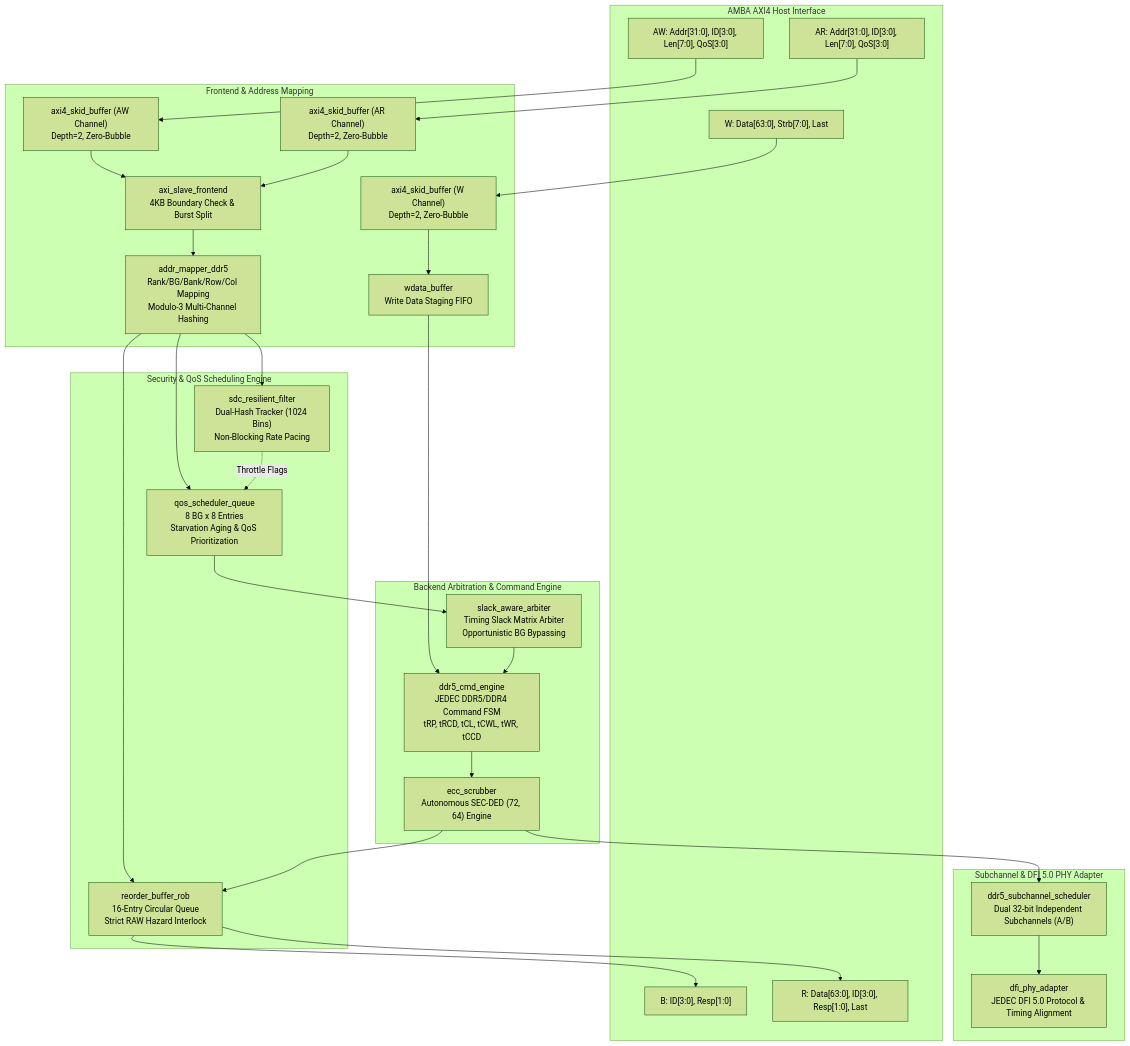
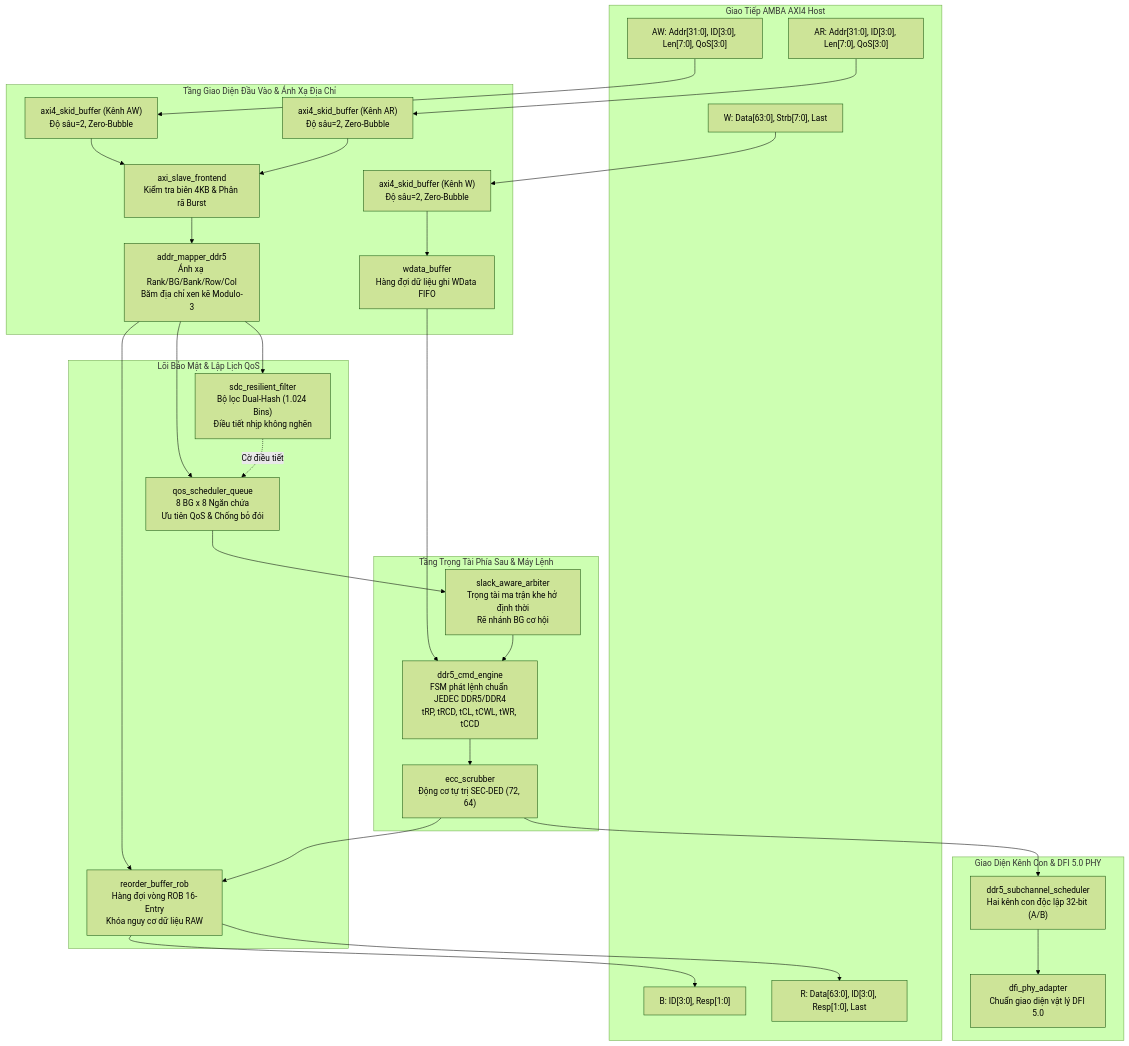
Before and after one commit to quachtuanthanh80-arch/DRAM: the first of 2 diagrams in README.md, drawn with Mermaid (forest theme). The commit also changed other lines of this file and 6 other files, not shown here.

````diff
--- a/README.md
+++ b/README.md
@@ -30,54 +30,54 @@
 ```mermaid
 graph TB
-    subgraph AXI4_Interface ["AMBA AXI4 Host Interface"]
+    subgraph AXI4_Interface ["Giao Tiếp AMBA AXI4 Host"]
         AW["AW: Addr[31:0], ID[3:0], Len[7:0], QoS[3:0]"]
         W["W: Data[63:0], Strb[7:0], Last"]
         B["B: ID[3:0], Resp[1:0]"]
         AR["AR: Addr[31:0], ID[3:0], Len[7:0], QoS[3:0]"]
         R["R: Data[63:0], ID[3:0], Resp[1:0], Last"]
     end
 
-    subgraph Frontend_Stage ["Frontend & Address Mapping"]
-        SKID_AW["axi4_skid_buffer (AW Channel)<br/>Depth=2, Zero-Bubble"]
-        SKID_AR["axi4_skid_buffer (AR Channel)<br/>Depth=2, Zero-Bubble"]
-        SKID_W["axi4_skid_buffer (W Channel)<br/>Depth=2, Zero-Bubble"]
-        FE["axi_slave_frontend<br/>4KB Boundary Check & Burst Split"]
-        WBUF["wdata_buffer<br/>Write Data Staging FIFO"]
-        MAPPER["addr_mapper_ddr5<br/>Rank/BG/Bank/Row/Col Mapping<br/>Modulo-3 Multi-Channel Hashing"]
+    subgraph Frontend_Stage ["Tầng Giao Diện Đầu Vào & Ánh Xạ Địa Chỉ"]
+        SKID_AW["axi4_skid_buffer (Kênh AW)<br/>Độ sâu=2, Zero-Bubble"]
+        SKID_AR["axi4_skid_buffer (Kênh AR)<br/>Độ sâu=2, Zero-Bubble"]
+        SKID_W["axi4_skid_buffer (Kênh W)<br/>Độ sâu=2, Zero-Bubble"]
+        FE["axi_slave_frontend<br/>Kiểm tra biên 4KB & Phân rã Burst"]
+        WBUF["wdata_buffer<br/>Hàng đợi dữ liệu ghi WData FIFO"]
+        MAPPER["addr_mapper_ddr5<br/>Ánh xạ Rank/BG/Bank/Row/Col<br/>Băm địa chỉ xen kẽ Modulo-3"]
     end
 
-    subgraph Core_Engine ["Security & QoS Scheduling Engine"]
-        SDC["sdc_resilient_filter<br/>Dual-Hash Tracker (1024 Bins)<br/>Non-Blocking Rate Pacing"]
-        QOS["qos_scheduler_queue<br/>8 BG x 8 Entries<br/>Starvation Aging & QoS Prioritization"]
-        ROB["reorder_buffer_rob<br/>16-Entry Circular Queue<br/>Strict RAW Hazard Interlock"]
+    subgraph Core_Engine ["Lõi Bảo Mật & Lập Lịch QoS"]
+        SDC["sdc_resilient_filter<br/>Bộ lọc Dual-Hash (1.024 Bins)<br/>Điều tiết nhịp không nghẽn"]
+        QOS["qos_scheduler_queue<br/>8 BG x 8 Ngăn chứa<br/>Ưu tiên QoS & Chống bỏ đói"]
+        ROB["reorder_buffer_rob<br/>Hàng đợi vòng ROB 16-Entry<br/>Khóa nguy cơ dữ liệu RAW"]
     end
 
-    subgraph Backend_Stage ["Backend Arbitration & Command Engine"]
-        ARB["slack_aware_arbiter<br/>Timing Slack Matrix Arbiter<br/>Opportunistic BG Bypassing"]
-        ENGINE["ddr5_cmd_engine<br/>JEDEC DDR5/DDR4 Command FSM<br/>tRP, tRCD, tCL, tCWL, tWR, tCCD"]
-        ECC["ecc_scrubber<br/>Autonomous SEC-DED (72, 64) Engine"]
+    subgraph Backend_Stage ["Tầng Trọng Tài Phía Sau & Máy Lệnh"]
+        ARB["slack_aware_arbiter<br/>Trọng tài ma trận khe hở định thời<br/>Rẽ nhánh BG cơ hội"]
+        ENGINE["ddr5_cmd_engine<br/>FSM phát lệnh chuẩn JEDEC DDR5/DDR4<br/>tRP, tRCD, tCL, tCWL, tWR, tCCD"]
+        ECC["ecc_scrubber<br/>Động cơ tự trị SEC-DED (72, 64)"]
     end
 
-    subgraph Memory_PHY ["Subchannel & DFI 5.0 PHY Adapter"]
-        SCHED["ddr5_subchannel_scheduler<br/>Dual 32-bit Independent Subchannels (A/B)"]
-        DFI["dfi_phy_adapter<br/>JEDEC DFI 5.0 Protocol & Timing Alignment"]
+    subgraph Memory_PHY ["Giao Diện Kênh Con & DFI 5.0 PHY"]
+        SCHED["ddr5_subchannel_scheduler<br/>Hai kênh con độc lập 32-bit (A/B)"]
+        DFI["dfi_phy_adapter<br/>Chuẩn giao diện vật lý DFI 5.0"]
     end
 
     AW --> SKID_AW --> FE
     AR --> SKID_AR --> FE
     W --> SKID_W --> WBUF
     FE --> MAPPER
     MAPPER --> SDC
     MAPPER --> QOS
     MAPPER --> ROB
     WBUF --> ENGINE
-    SDC -.->|Throttle Flags| QOS
+    SDC -.->|Cờ điều tiết| QOS
     QOS --> ARB
     ARB --> ENGINE
     ENGINE --> ECC
     ECC --> SCHED
     SCHED --> DFI
     ECC --> ROB
     ROB --> R
     ROB --> B
 ```
````
